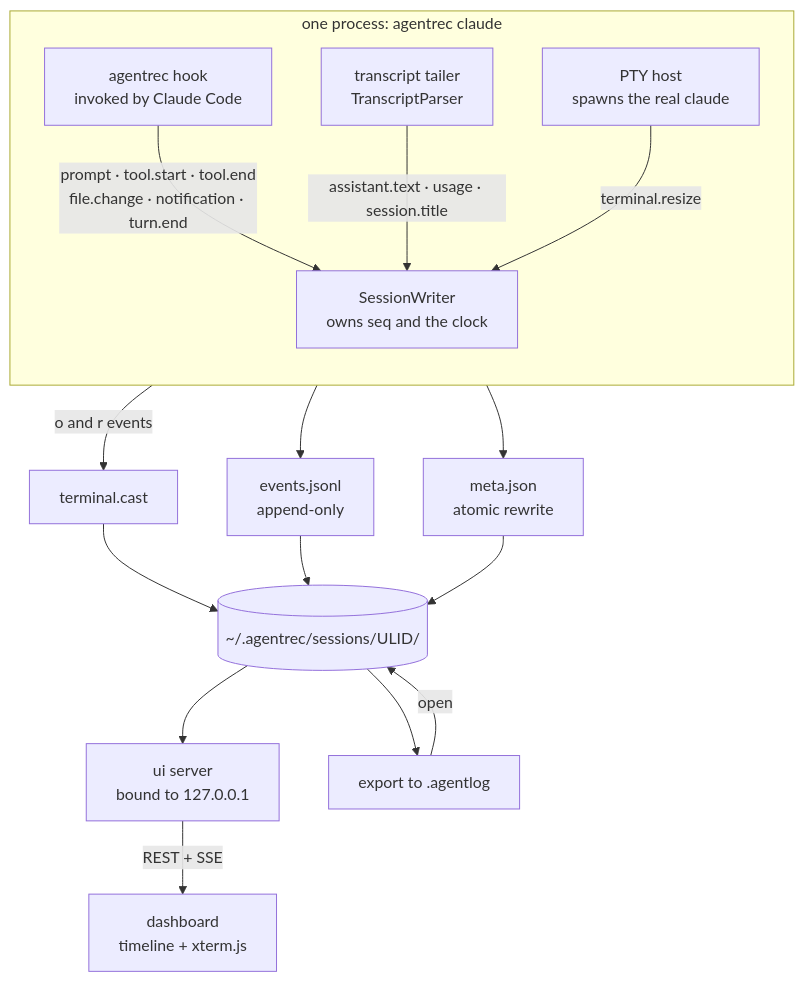
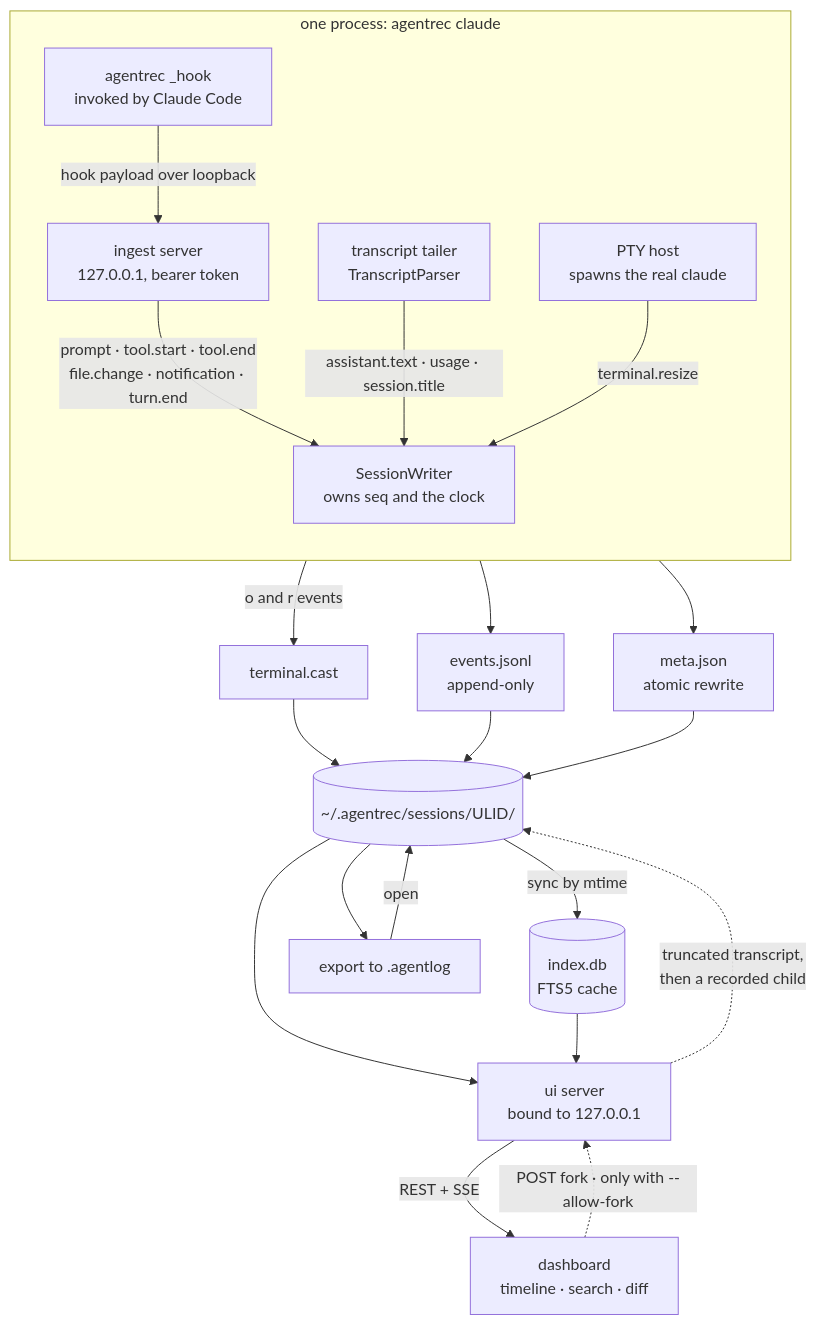
Before and after one commit to someflydays/agentrec: the diagram in docs/architecture.md, drawn with Mermaid. The commit also changed other lines of this file and 9 other files, not shown here.

First line of the commit message:
docs: re-derive architecture, format, and privacy docs from source

````diff
--- a/docs/architecture.md
+++ b/docs/architecture.md
@@ -66,27 +97,33 @@
 ```mermaid
 flowchart TB
   subgraph rec["one process: agentrec claude"]
     direction TB
     PTY["PTY host<br/>spawns the real claude"]
-    HOOK["agentrec hook<br/>invoked by Claude Code"]
+    HOOK["agentrec _hook<br/>invoked by Claude Code"]
+    ING["ingest server<br/>127.0.0.1, bearer token"]
     TAIL["transcript tailer<br/>TranscriptParser"]
     W["SessionWriter<br/>owns seq and the clock"]
-    HOOK -->|"prompt · tool.start · tool.end<br/>file.change · notification · turn.end"| W
+    HOOK -->|"hook payload over loopback"| ING
+    ING -->|"prompt · tool.start · tool.end<br/>file.change · notification · turn.end"| W
     TAIL -->|"assistant.text · usage · session.title"| W
     PTY -->|"terminal.resize"| W
   end
 
   PTY -->|"o and r events"| CAST["terminal.cast"]
   W --> EV["events.jsonl<br/>append-only"]
   W --> META["meta.json<br/>atomic rewrite"]
 
   CAST --> DIR
   EV --> DIR
   META --> DIR
   DIR[("~/.agentrec/sessions/ULID/")]
 
+  DIR -->|"sync by mtime"| IDX[("index.db<br/>FTS5 cache")]
   DIR --> SRV["ui server<br/>bound to 127.0.0.1"]
-  SRV -->|"REST + SSE"| SPA["dashboard<br/>timeline + xterm.js"]
+  IDX --> SRV
+  SRV -->|"REST + SSE"| SPA["dashboard<br/>timeline · search · diff"]
+  SPA -.->|"POST fork · only with --allow-fork"| SRV
+  SRV -.->|"truncated transcript,<br/>then a recorded child"| DIR
   DIR --> PACK["export to .agentlog"]
   PACK -->|"open"| DIR
 ```
````
